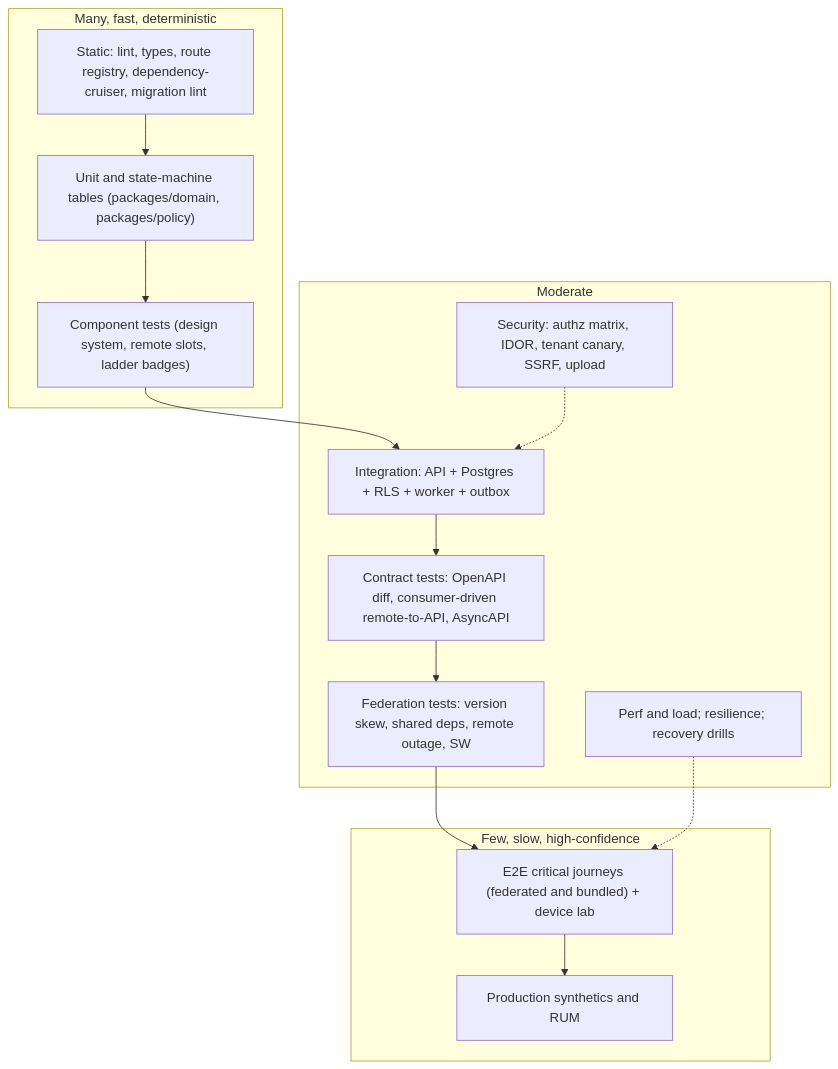
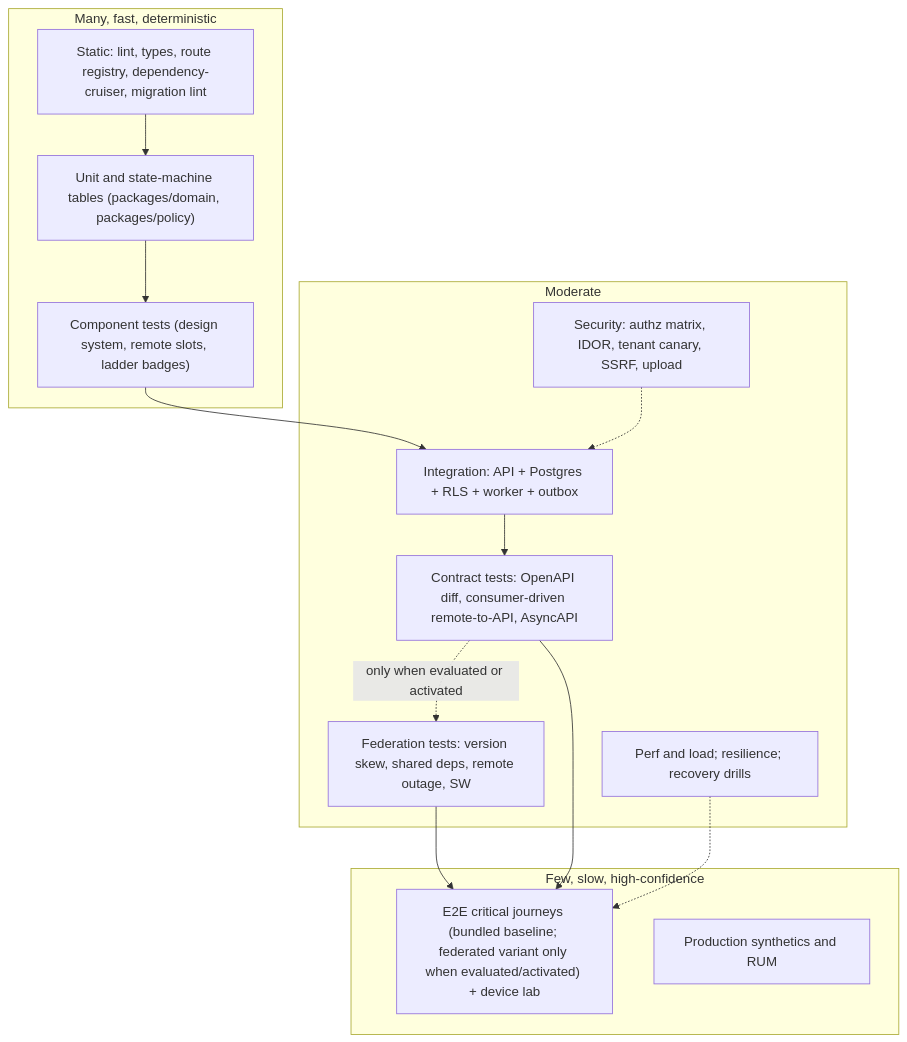
The diagram in Yash_Final_Project_Document/16_QA_AND_TESTING/TEST_STRATEGY.md (yhsomani/talentsphere-complete), drawn with Mermaid before and after one commit. The commit also changed other lines of this file and 98 other files, not shown here.

````diff
--- a/Yash_Final_Project_Document/16_QA_AND_TESTING/TEST_STRATEGY.md
+++ b/Yash_Final_Project_Document/16_QA_AND_TESTING/TEST_STRATEGY.md
@@ -18,22 +18,24 @@
 ```mermaid
 flowchart TB
   subgraph Top["Few, slow, high-confidence"]
-    E2E["E2E critical journeys (federated and bundled) + device lab"]
+    E2E["E2E critical journeys (bundled baseline; federated variant only when evaluated/activated) + device lab"]
     PROD["Production synthetics and RUM"]
   end
   subgraph Mid["Moderate"]
     FEDT["Federation tests: version skew, shared deps, remote outage, SW"]
     CON["Contract tests: OpenAPI diff, consumer-driven remote-to-API, AsyncAPI"]
     INT["Integration: API + Postgres + RLS + worker + outbox"]
     SECT["Security: authz matrix, IDOR, tenant canary, SSRF, upload"]
     PERF["Perf and load; resilience; recovery drills"]
   end
   subgraph Base["Many, fast, deterministic"]
     CMP["Component tests (design system, remote slots, ladder badges)"]
     UNIT["Unit and state-machine tables (packages/domain, packages/policy)"]
     STATIC["Static: lint, types, route registry, dependency-cruiser, migration lint"]
   end
-  STATIC --> UNIT --> CMP --> INT --> CON --> FEDT --> E2E --> PROD
+  STATIC --> UNIT --> CMP --> INT --> CON
+  CON -. only when evaluated or activated .-> FEDT --> E2E
+  CON --> E2E
   SECT -.-> INT
   PERF -.-> E2E
 ```
````
